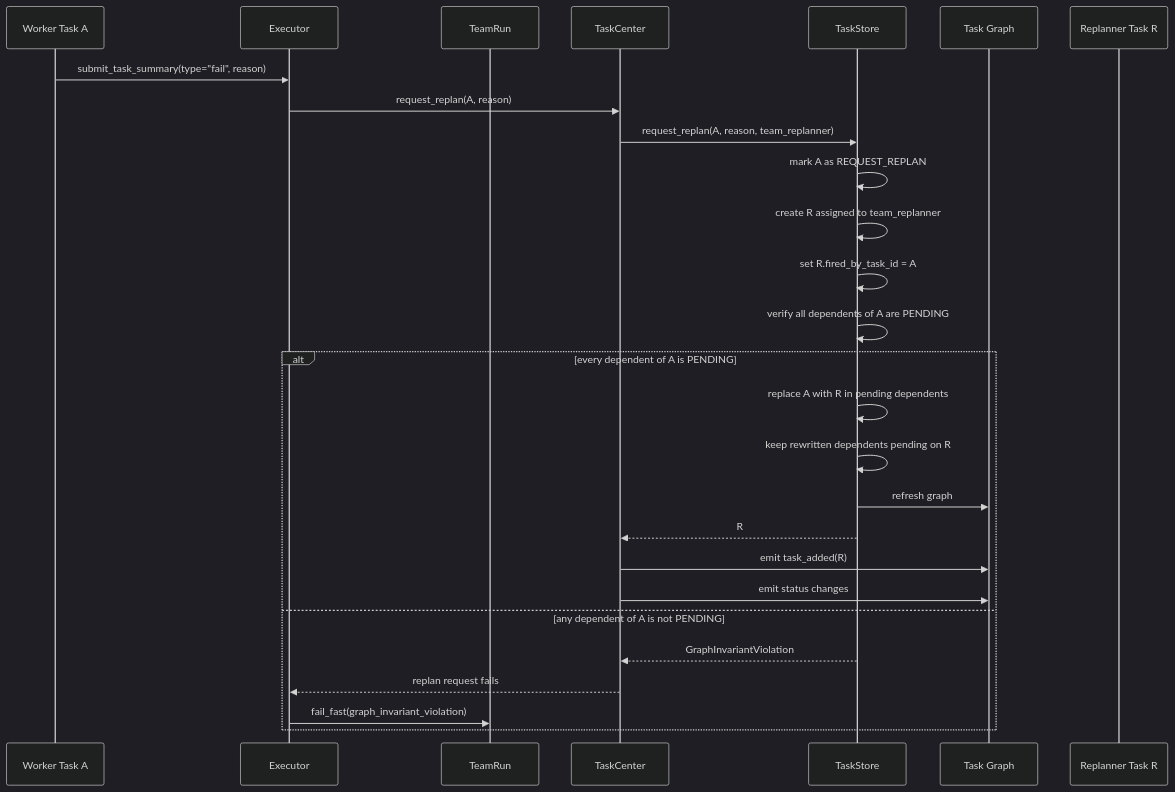
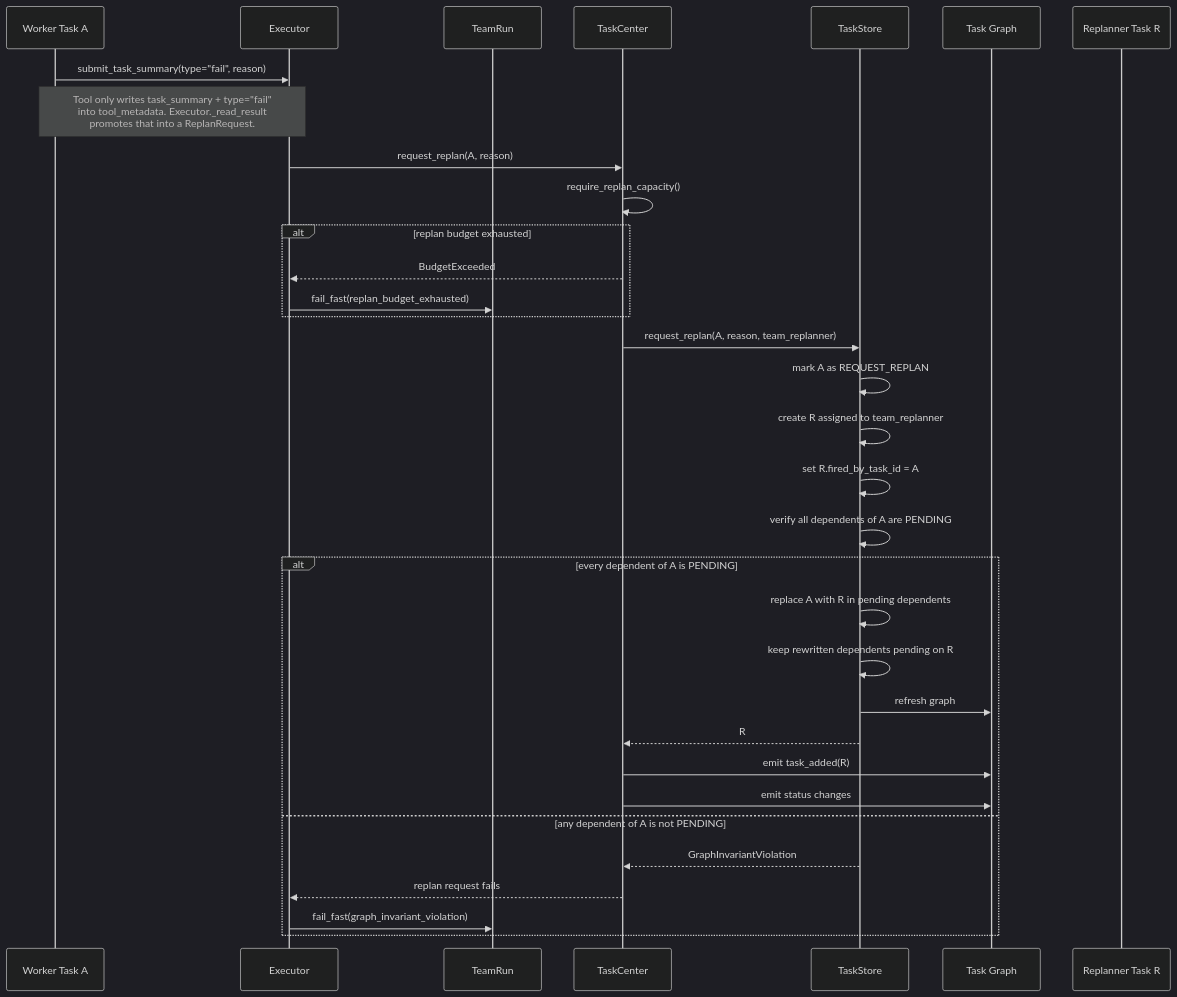
Before and after one commit to Ephemeral-AI-Lab/ephemeral-os: the first of 7 diagrams in docs/architecture/replan-workflow-sequence-diagrams.md, drawn with Mermaid (dark theme). The commit also changed other lines of this file and 22 other files, not shown here.

````diff
--- a/docs/architecture/replan-workflow-sequence-diagrams.md
+++ b/docs/architecture/replan-workflow-sequence-diagrams.md
@@ -43,32 +43,38 @@
 ```mermaid
 sequenceDiagram
     participant W as Worker Task A
     participant Ex as Executor
     participant Run as TeamRun
     participant TC as TaskCenter
     participant TS as TaskStore
     participant G as Task Graph
     participant R as Replanner Task R
 
     W->>Ex: submit_task_summary(type="fail", reason)
+    Note over W,Ex: Tool only writes task_summary + type="fail"<br/>into tool_metadata. Executor._read_result<br/>promotes that into a ReplanRequest.
     Ex->>TC: request_replan(A, reason)
+    TC->>TC: require_replan_capacity()
+    alt replan budget exhausted
+        TC-->>Ex: BudgetExceeded
+        Ex->>Run: fail_fast(replan_budget_exhausted)
+    end
     TC->>TS: request_replan(A, reason, team_replanner)
 
     TS->>TS: mark A as REQUEST_REPLAN
     TS->>TS: create R assigned to team_replanner
     TS->>TS: set R.fired_by_task_id = A
     TS->>TS: verify all dependents of A are PENDING
 
     alt every dependent of A is PENDING
         TS->>TS: replace A with R in pending dependents
         TS->>TS: keep rewritten dependents pending on R
         TS->>G: refresh graph
         TS-->>TC: R
         TC->>G: emit task_added(R)
         TC->>G: emit status changes
     else any dependent of A is not PENDING
         TS-->>TC: GraphInvariantViolation
         TC-->>Ex: replan request fails
         Ex->>Run: fail_fast(graph_invariant_violation)
     end
 ```
````
